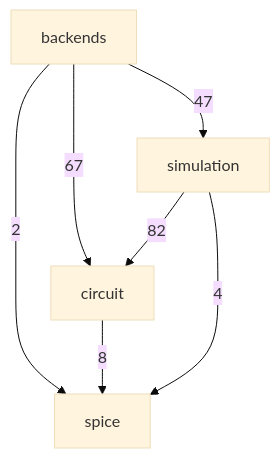
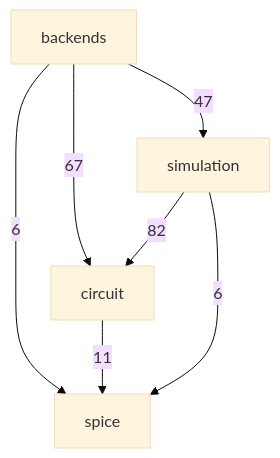
The second of 3 diagrams in docs/architecture.md (ronnymilleo/imcsim), drawn with Mermaid (base theme) before and after one commit. The commit also changed other lines of this file, not shown here.

Commit message:
Update the include diagram for the shared case functions

````diff
--- a/docs/architecture.md
+++ b/docs/architecture.md
@@ -33,13 +33,13 @@
 ```mermaid
 flowchart TD
     app_core_spice[spice]
     app_core_circuit[circuit]
     app_core_simulation[simulation]
     app_core_backends[backends]
     app_core_backends -->|67| app_core_circuit
     app_core_backends -->|47| app_core_simulation
-    app_core_backends -->|2| app_core_spice
-    app_core_circuit -->|8| app_core_spice
+    app_core_backends -->|6| app_core_spice
+    app_core_circuit -->|11| app_core_spice
     app_core_simulation -->|82| app_core_circuit
-    app_core_simulation -->|4| app_core_spice
+    app_core_simulation -->|6| app_core_spice
 ```
````
